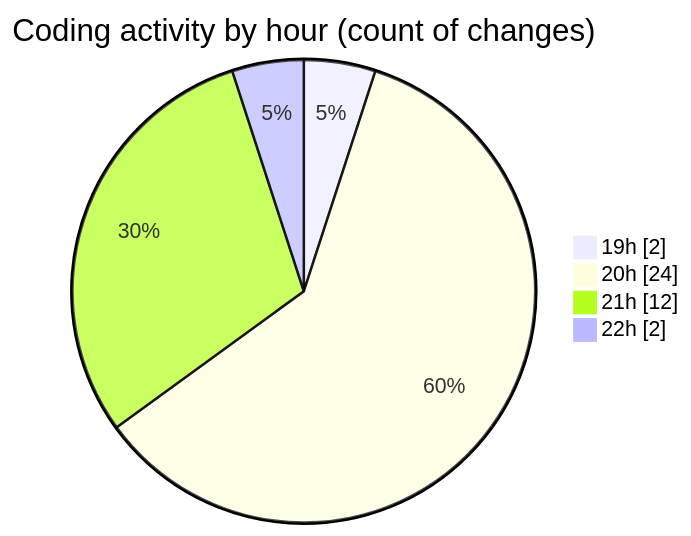
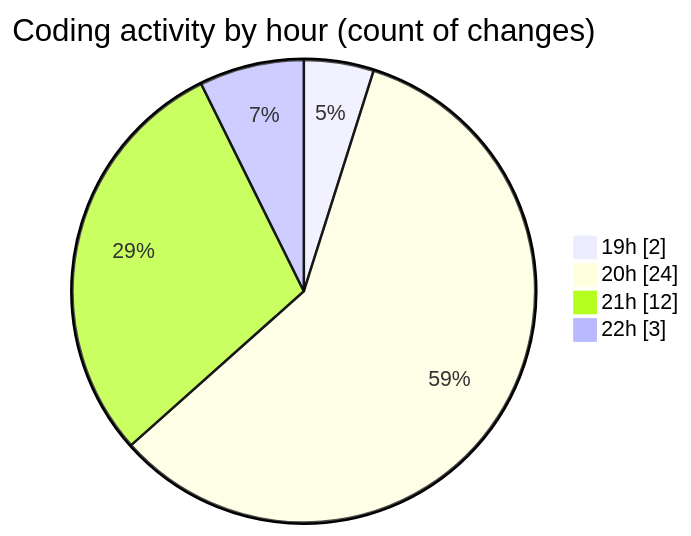
The second of 2 diagrams in 2025-04-13/autodidak/README.md (idhammustaqopulfikri/code-tracking), drawn with Mermaid before and after one commit. The commit also changed other lines of this file and 1 other file, not shown here.

````diff
--- a/2025-04-13/autodidak/README.md
+++ b/2025-04-13/autodidak/README.md
@@ -36,8 +36,8 @@
 ```mermaid
 pie showData
 title Coding activity by hour (count of changes)
 "19h" : 2
 "20h" : 24
 "21h" : 12
-"22h" : 2
+"22h" : 3
 ```
````
